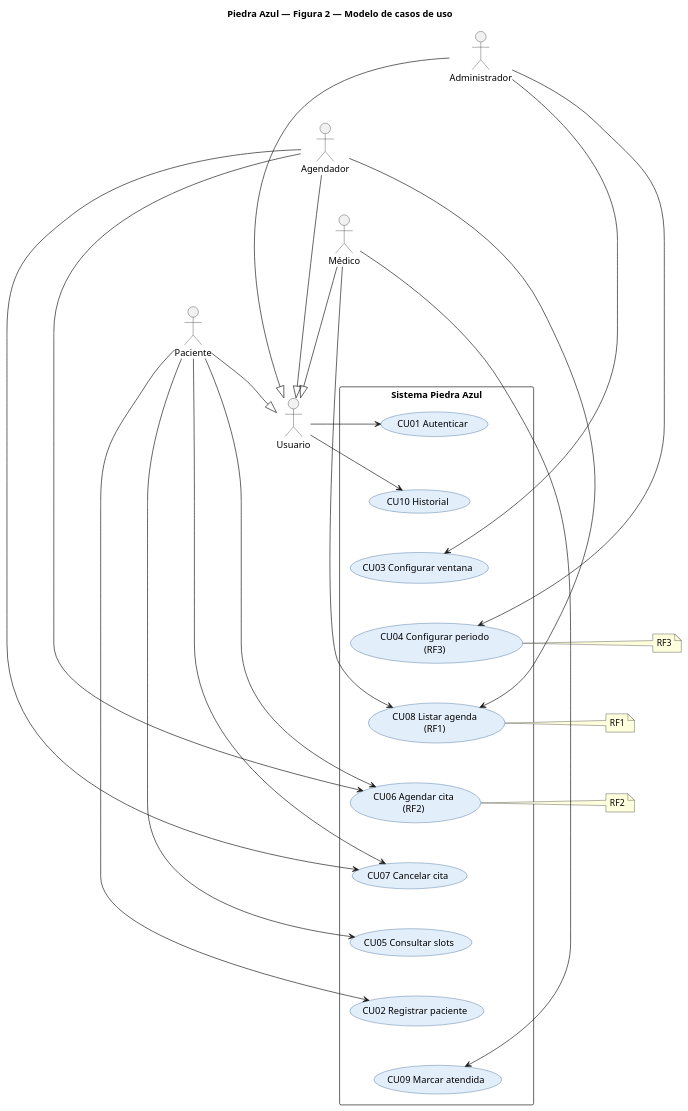
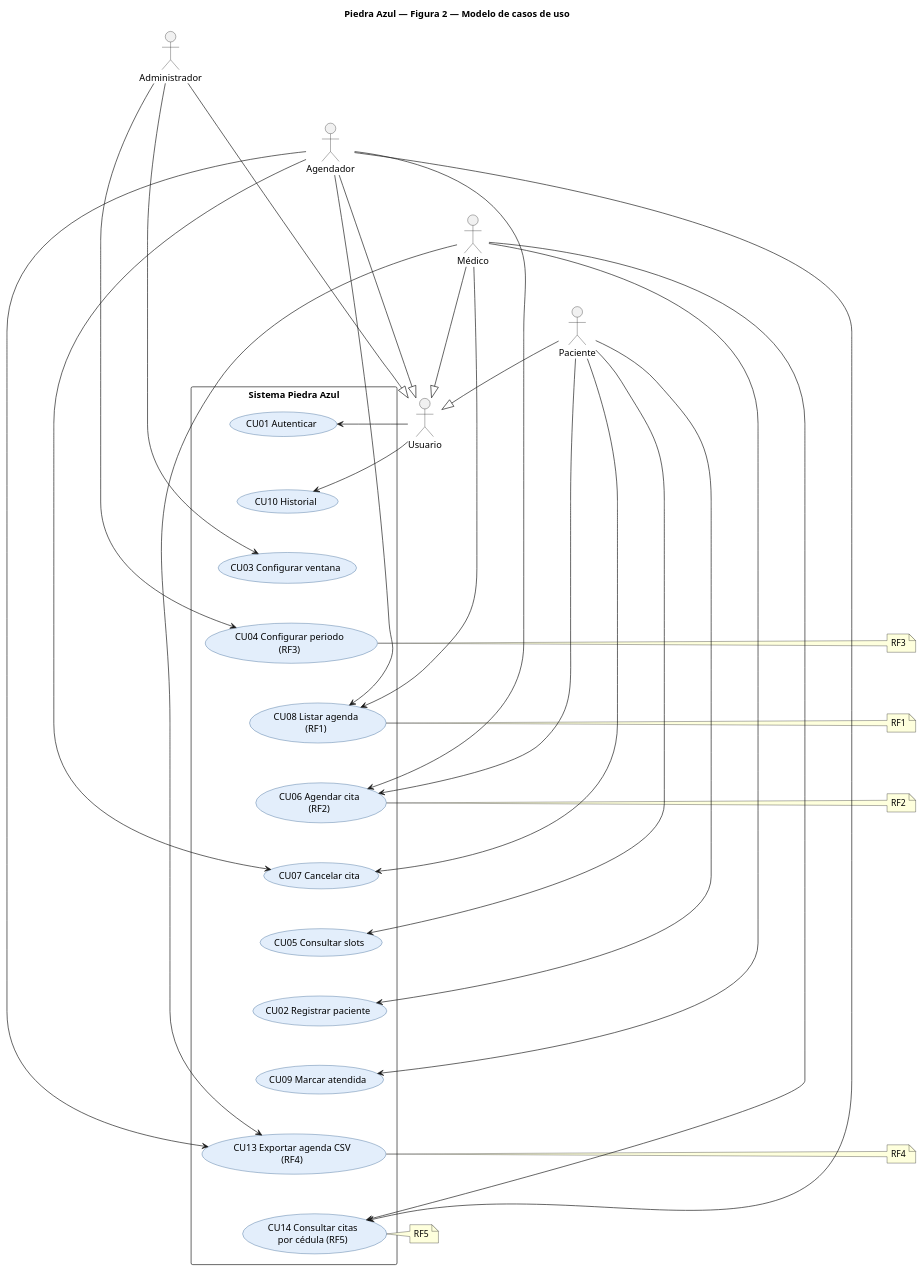
Before and after one commit to jaimecharfuelan-pixel/Piedra-Azul: the diagram in diagramas-sad/02-casos-de-uso.puml, drawn with PlantUML. The commit also changed 8 other files, not shown here.

Commit message:
Diagramas SAD actualizados y añadidos

```diff
--- a/diagramas-sad/02-casos-de-uso.puml
+++ b/diagramas-sad/02-casos-de-uso.puml
@@ -1,85 +1,101 @@
 @startuml
 title Piedra Azul — Figura 2 — Modelo de casos de uso
 top to bottom direction
 
 skinparam backgroundColor white
 skinparam shadowing false
 skinparam packageStyle rectangle
 skinparam usecase {
   BackgroundColor #E3EEFB
   BorderColor #14487F
 }
 
-' Actor genérico: evita 8 flechas a CU01/CU10
+' Actor genérico: evita muchas flechas a CU01/CU10
 actor "Usuario" as U
 actor "Administrador" as Adm
 actor "Agendador" as Age
 actor "Médico" as Med
 actor "Paciente" as Pac
 
 ' Herencia
 Adm --|> U
 Age --|> U
 Med --|> U
 Pac --|> U
 
 ' Alineación vertical forzada de actores
 Adm -[hidden]down-> Age
 Age -[hidden]down-> Med
 Med -[hidden]down-> Pac
 Pac -[hidden]down-> U
 
 rectangle "Sistema Piedra Azul" {
   usecase "CU01 Autenticar" as CU01
   usecase "CU10 Historial" as CU10
   usecase "CU03 Configurar ventana" as CU03
   usecase "CU04 Configurar periodo\n(RF3)" as CU04
   usecase "CU08 Listar agenda\n(RF1)" as CU08
   usecase "CU06 Agendar cita\n(RF2)" as CU06
   usecase "CU07 Cancelar cita" as CU07
   usecase "CU05 Consultar slots" as CU05
   usecase "CU02 Registrar paciente" as CU02
   usecase "CU09 Marcar atendida" as CU09
+  usecase "CU13 Exportar agenda CSV\n(RF4)" as CU13
+  usecase "CU14 Consultar citas\npor cédula (RF5)" as CU14
 
   ' Alineación vertical forzada de casos de uso
   CU01 -[hidden]down-> CU10
   CU10 -[hidden]down-> CU03
   CU03 -[hidden]down-> CU04
   CU04 -[hidden]down-> CU08
   CU08 -[hidden]down-> CU06
   CU06 -[hidden]down-> CU07
   CU07 -[hidden]down-> CU05
   CU05 -[hidden]down-> CU02
   CU02 -[hidden]down-> CU09
+  CU09 -[hidden]down-> CU13
+  CU13 -[hidden]down-> CU14
 }
 
 U --> CU01
 U --> CU10
 
 Adm --> CU03
 Adm --> CU04
 
 Age --> CU08
 Age --> CU06
 Age --> CU07
+Age --> CU13
+Age --> CU14
 
 Med --> CU08
 Med --> CU09
+Med --> CU13
+Med --> CU14
 
 Pac --> CU02
 Pac --> CU05
 Pac --> CU06
 Pac --> CU07
 
 note right of CU08
   RF1
 end note
 
 note right of CU06
   RF2
 end note
 
 note right of CU04
   RF3
 end note
+
+note right of CU13
+  RF4
+end note
+
+note right of CU14
+  RF5
+end note
 @enduml
```
